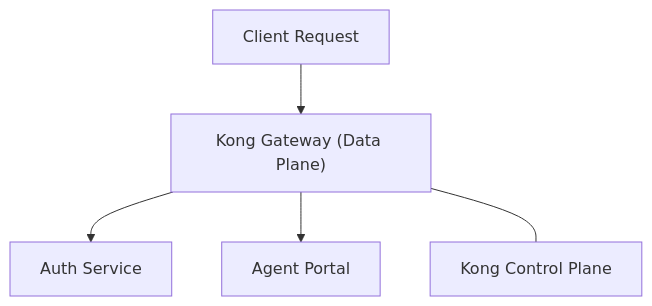
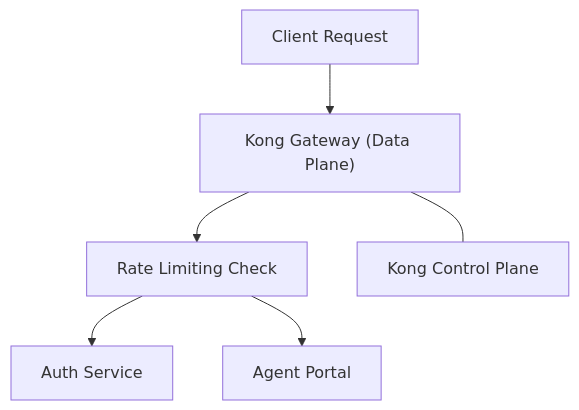
One commit to ritza-co/ngrok-api-gateway-test-app changed the second of 3 diagrams in .ritza/GUIDE.md. Above: the diagram before and after it, drawn with Mermaid. The commit also changed other lines of this file, not shown here.

````diff
--- a/.ritza/GUIDE.md
+++ b/.ritza/GUIDE.md
@@ -37,7 +39,8 @@
 ```mermaid
 graph TD
     A[Client Request] --> B["Kong Gateway (Data Plane)"]
-    B --> C[Auth Service]
-    B --> D[Agent Portal]
+    B --> R["Rate Limiting Check"]
+    R --> C[Auth Service]
+    R --> D[Agent Portal]
     B --- E["Kong Control Plane"]
 ```
````
